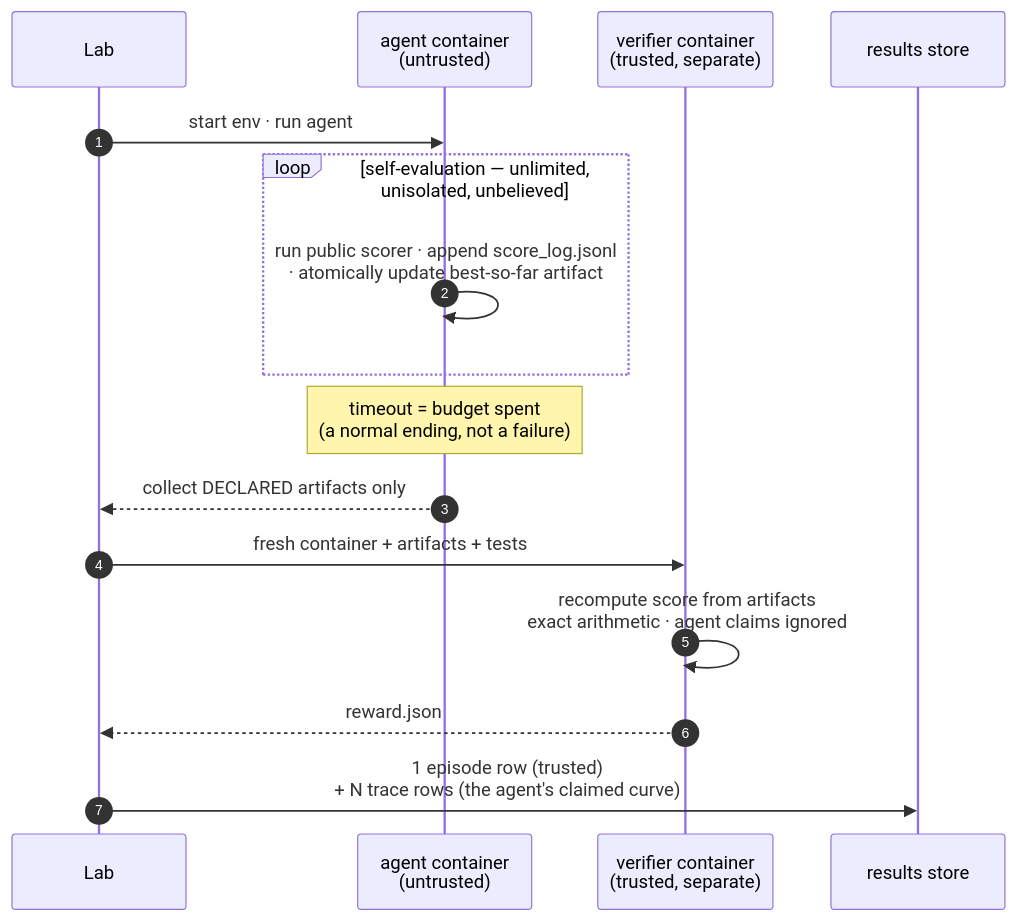
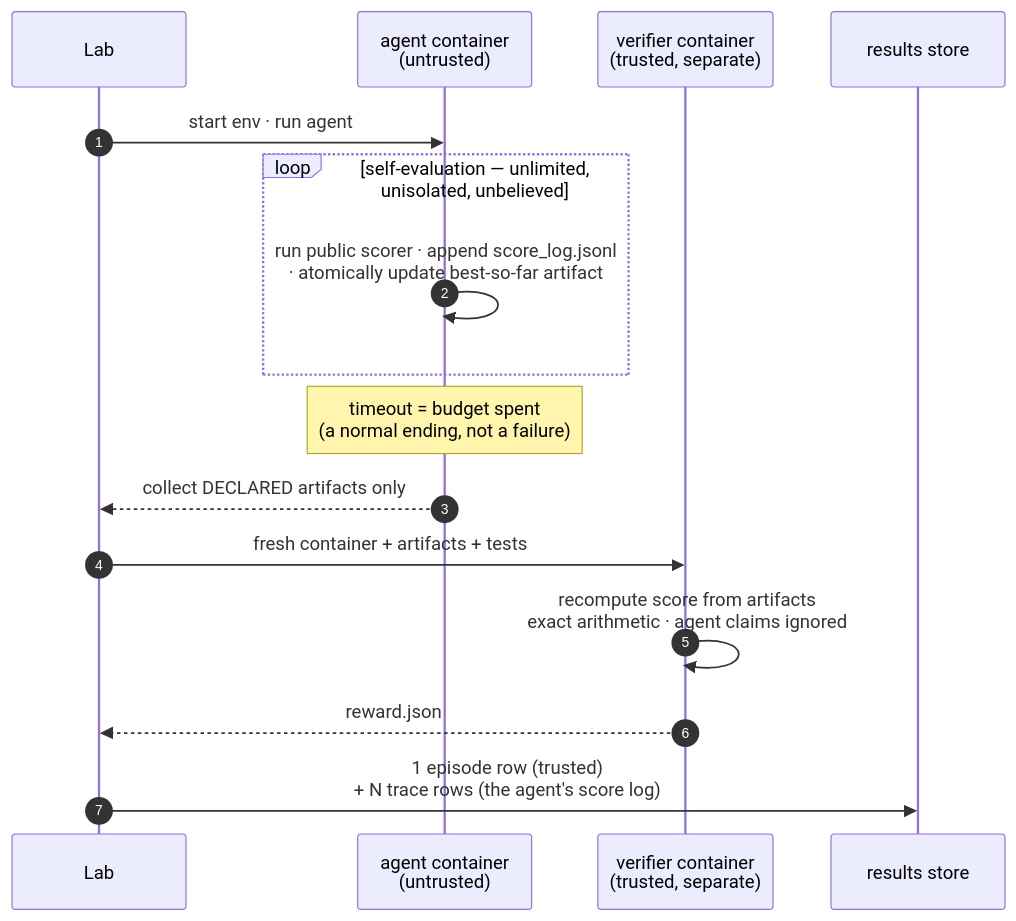
Before and after one commit to Human-Agent-Society/tide-eval: the diagram in docs/design.md, drawn with Mermaid. The commit also changed other lines of this file and 6 other files, not shown here.

````diff
--- a/docs/design.md
+++ b/docs/design.md
@@ -26,19 +26,19 @@
 ```mermaid
 sequenceDiagram
     autonumber
     participant L as Lab
     participant A as agent container<br/>(untrusted)
     participant V as verifier container<br/>(trusted, separate)
     participant S as results store
 
     L->>A: start env · run agent
     loop self-evaluation — unlimited, unisolated, unbelieved
         A->>A: run public scorer · append score_log.jsonl<br/>· atomically update best-so-far artifact
     end
     Note over A: timeout = budget spent<br/>(a normal ending, not a failure)
     A-->>L: collect DECLARED artifacts only
     L->>V: fresh container + artifacts + tests
     V->>V: recompute score from artifacts<br/>exact arithmetic · agent claims ignored
     V-->>L: reward.json
-    L->>S: 1 episode row (trusted)<br/>+ N trace rows (the agent's claimed curve)
+    L->>S: 1 episode row (trusted)<br/>+ N trace rows (the agent's score log)
 ```
````
